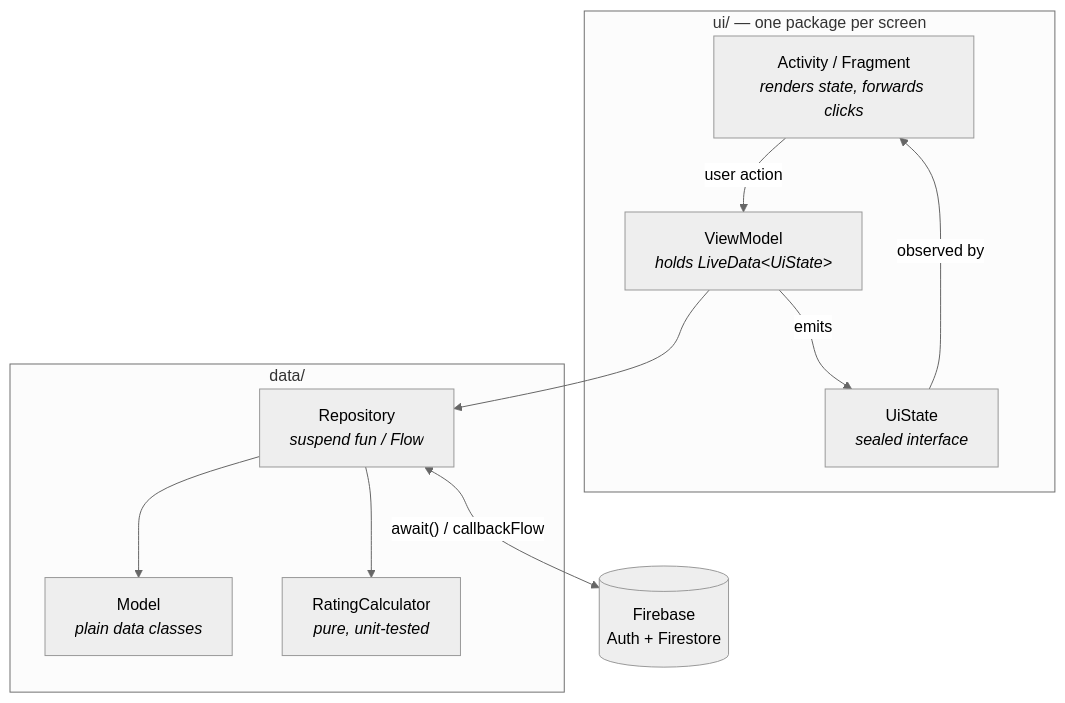
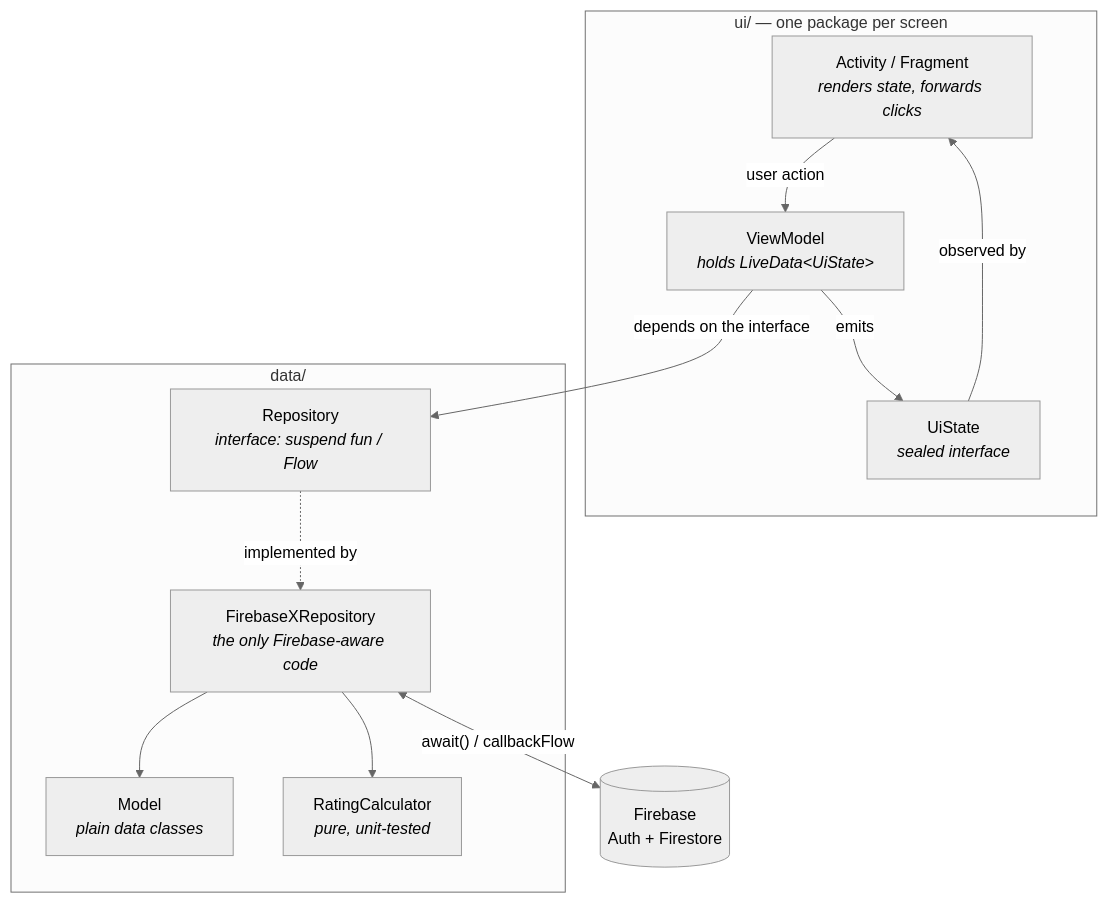
Before and after one commit to duuyguyiilmaz/CampusNote: the diagram in README.md, drawn with Mermaid (neutral theme). The commit also changed other lines of this file and 15 other files, not shown here.

````diff
--- a/README.md
+++ b/README.md
@@ -58,24 +58,26 @@
 ```mermaid
 flowchart TD
     subgraph ui["ui/ — one package per screen"]
         A["Activity / Fragment<br/><i>renders state, forwards clicks</i>"]
         B["ViewModel<br/><i>holds LiveData&lt;UiState&gt;</i>"]
         C["UiState<br/><i>sealed interface</i>"]
     end
 
     subgraph data["data/"]
-        D["Repository<br/><i>suspend fun / Flow</i>"]
+        D["Repository<br/><i>interface: suspend fun / Flow</i>"]
+        H["FirebaseXRepository<br/><i>the only Firebase-aware code</i>"]
         E["Model<br/><i>plain data classes</i>"]
         F["RatingCalculator<br/><i>pure, unit-tested</i>"]
     end
 
     G[("Firebase<br/>Auth + Firestore")]
 
     A -->|"user action"| B
     B -->|"emits"| C
     C -->|"observed by"| A
-    B --> D
-    D --> E
-    D --> F
-    D <-->|"await() / callbackFlow"| G
+    B -->|"depends on the interface"| D
+    D -.->|"implemented by"| H
+    H --> E
+    H --> F
+    H <-->|"await() / callbackFlow"| G
 ```
````
